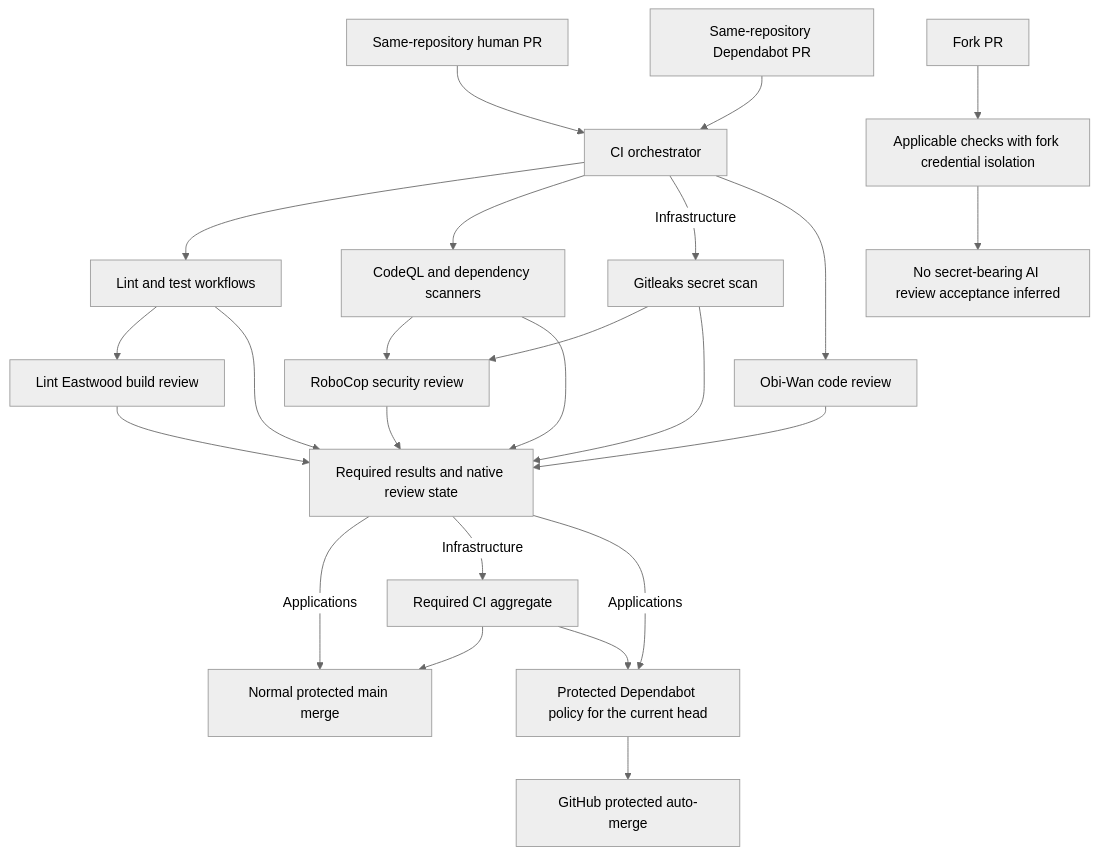
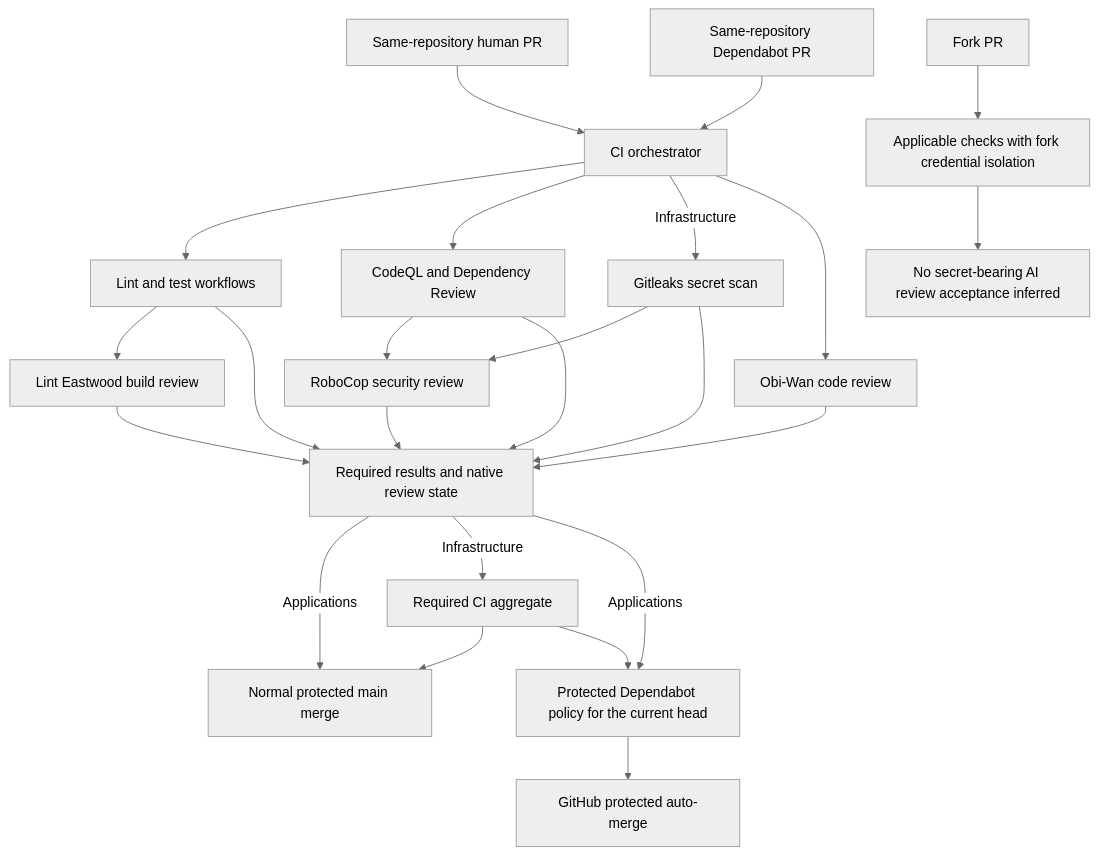
Before and after one commit to VanillaIceCube/JudeAndrewAlabaInfrastructure: the first of 4 diagrams in .github/workflows/README.md, drawn with Mermaid (neutral theme). The commit also changed other lines of this file and 16 other files, not shown here.

````diff
--- a/.github/workflows/README.md
+++ b/.github/workflows/README.md
@@ -439,26 +439,26 @@
 ```mermaid
 flowchart TD
   Human[Same-repository human PR] --> CI[CI orchestrator]
   Dependabot[Same-repository Dependabot PR] --> CI
   Fork[Fork PR] --> Isolated[Applicable checks with fork credential isolation]
   CI --> LintTest[Lint and test workflows]
-  CI --> Scanners[CodeQL and dependency scanners]
+  CI --> Scanners[CodeQL and Dependency Review]
   CI -->|Infrastructure| Secrets[Gitleaks secret scan]
   Secrets --> Robo
   Secrets --> Gate
   CI --> Obi[Obi-Wan code review]
   LintTest --> Lint[Lint Eastwood build review]
   Scanners --> Robo[RoboCop security review]
   Obi --> Gate[Required results and native review state]
   Lint --> Gate
   Robo --> Gate
   LintTest --> Gate
   Scanners --> Gate
   Isolated --> ForkEvidence[No secret-bearing AI review acceptance inferred]
   Gate -->|Applications| Main[Normal protected main merge]
   Gate -->|Infrastructure| RequiredCI[Required CI aggregate]
   RequiredCI --> Main
   Gate -->|Applications| Auto[Protected Dependabot policy for the current head]
   RequiredCI --> Auto
   Auto --> Platform[GitHub protected auto-merge]
 ```
````
